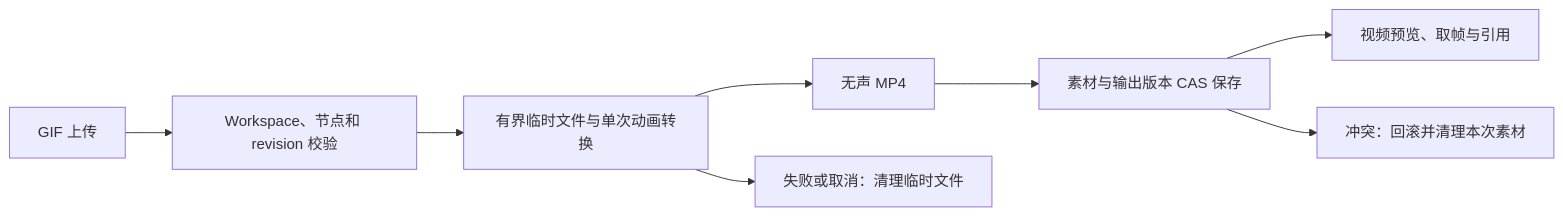
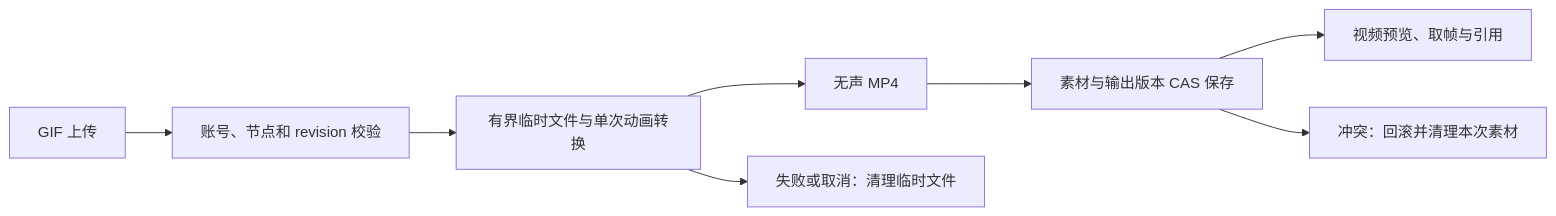
Before and after one commit to EmiyaredA/Future-Props-Lab: the second of 4 diagrams in web/src/features/thought-workshop/official/content/technical/visual-workshop.md, drawn with Mermaid. The commit also changed other lines of this file and 721 other files, not shown here.

````diff
--- a/web/src/features/thought-workshop/official/content/technical/visual-workshop.md
+++ b/web/src/features/thought-workshop/official/content/technical/visual-workshop.md
@@ -83,10 +83,10 @@
 ```mermaid
 flowchart LR
-  G[GIF 上传] --> V[Workspace、节点和 revision 校验]
+  G[GIF 上传] --> V[账号、节点和 revision 校验]
   V --> C[有界临时文件与单次动画转换]
   C --> M[无声 MP4]
   M --> S[素材与输出版本 CAS 保存]
   S --> P[视频预览、取帧与引用]
   C --> E[失败或取消：清理临时文件]
   S --> R[冲突：回滚并清理本次素材]
 ```
````
